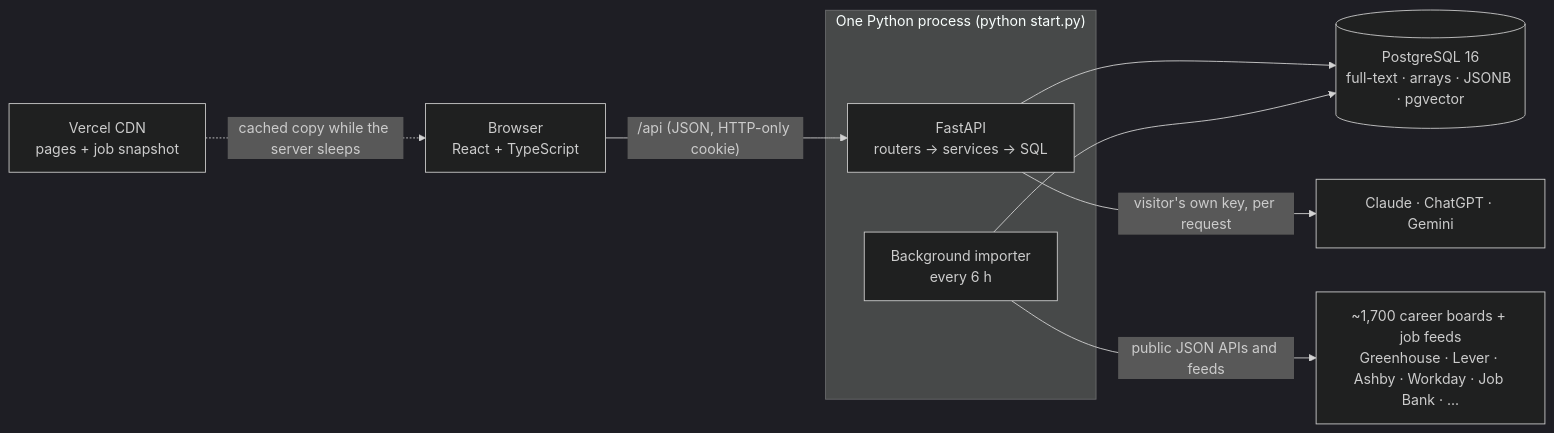
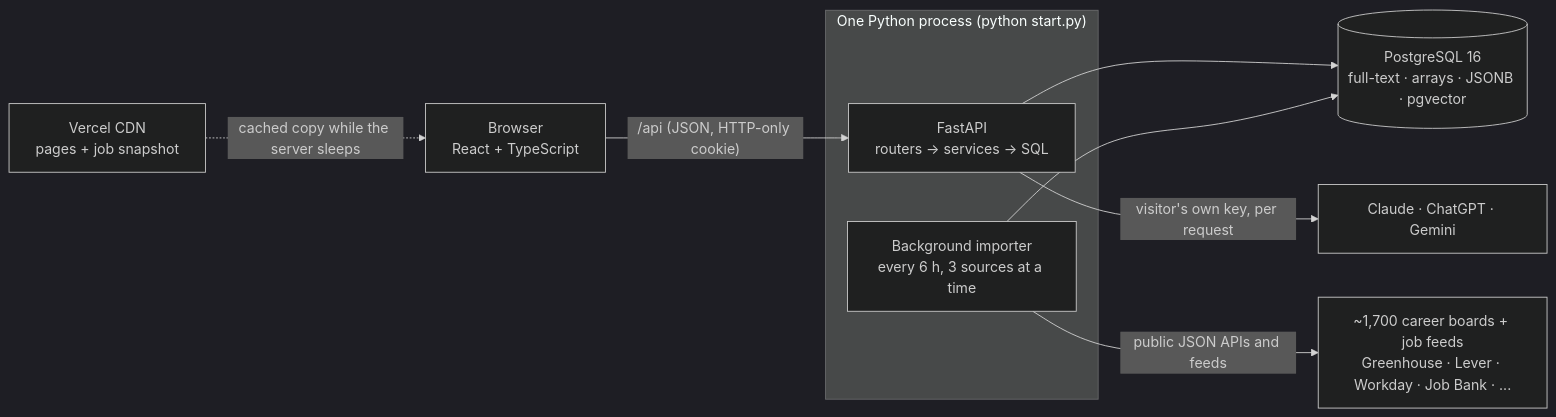
Before and after one commit to mbendari7/COOP-Radar: the diagram in README.md, drawn with Mermaid (dark theme). The commit also changed other lines of this file and 21 other files, not shown here.

````diff
--- a/README.md
+++ b/README.md
@@ -57,13 +112,13 @@
 ```mermaid
 flowchart LR
     B["Browser<br/>React + TypeScript"] -->|"/api (JSON, HTTP-only cookie)"| API
+    CDN["Vercel CDN<br/>pages + job snapshot"] -.->|"cached copy while the server sleeps"| B
     subgraph Server["One Python process (python start.py)"]
       API["FastAPI<br/>routers → services → SQL"]
-      JOBS["Background importer<br/>every 6 h"]
+      JOBS["Background importer<br/>every 6 h, 3 sources at a time"]
     end
     API --> DB[("PostgreSQL 16<br/>full-text · arrays · JSONB · pgvector")]
     JOBS --> DB
-    JOBS -->|"public JSON APIs and feeds"| BOARDS["~1,700 career boards + job feeds<br/>Greenhouse · Lever · Ashby · Workday · Job Bank · ..."]
-    CDN["Vercel CDN<br/>pages + job snapshot"] -.->|"cached copy while the server sleeps"| B
+    JOBS -->|"public JSON APIs and feeds"| SRC["~1,700 career boards + job feeds<br/>Greenhouse · Lever · Workday · Job Bank · ..."]
     API -->|"visitor's own key, per request"| AI["Claude · ChatGPT · Gemini"]
 ```
````
